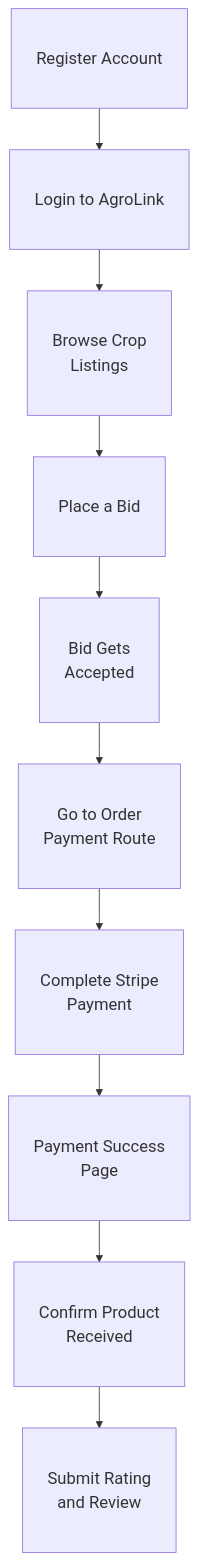
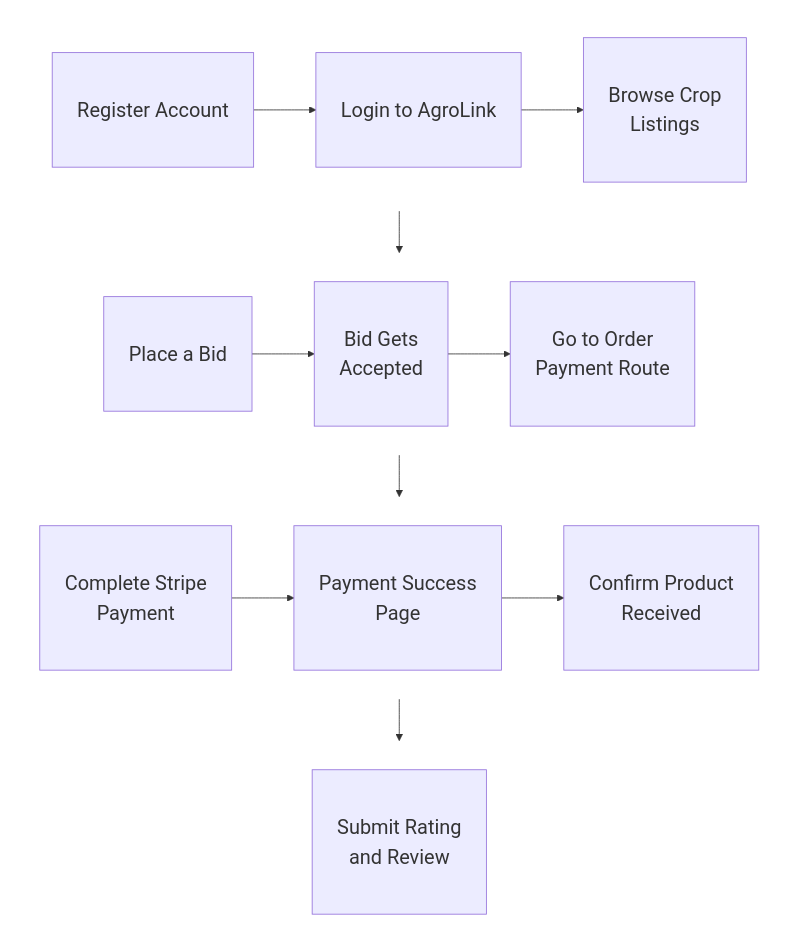
One commit to tareqferdous/agrolink-frontend changed the second of 4 diagrams in README.md. Above: the diagram before and after it, drawn with Mermaid. The commit also changed other lines of this file, not shown here.

Commit message:
fix: update flow diagrams in readme files

````diff
--- a/README.md
+++ b/README.md
@@ -46,17 +60,36 @@
 ```mermaid
-%%{init: {"themeVariables": {"fontSize": "20px"}}}%%
+%%{init: {"themeVariables": {"fontSize": "24px"}}}%%
 flowchart TB
-	classDef big font-size:20px,padding:16px;
+	classDef big font-size:24px,padding:20px;
 
-	B1[Register Account] --> B2[Login to AgroLink]
-	B2 --> B3[Browse Crop<br/>Listings]
-	B3 --> B4[Place a Bid]
-	B4 --> B5[Bid Gets<br/>Accepted]
-	B5 --> B6[Go to Order<br/>Payment Route]
-	B6 --> B7[Complete Stripe<br/>Payment]
-	B7 --> B8[Payment Success<br/>Page]
-	B8 --> B9[Confirm Product<br/>Received]
-	B9 --> B10[Submit Rating<br/>and Review]
+	subgraph BRow1[" "]
+		direction LR
+		B1[Register Account] --> B2[Login to AgroLink] --> B3[Browse Crop<br/>Listings]
+	end
+
+	subgraph BRow2[" "]
+		direction LR
+		B4[Place a Bid] --> B5[Bid Gets<br/>Accepted] --> B6[Go to Order<br/>Payment Route]
+	end
+
+	subgraph BRow3[" "]
+		direction LR
+		B7[Complete Stripe<br/>Payment] --> B8[Payment Success<br/>Page] --> B9[Confirm Product<br/>Received]
+	end
+
+	subgraph BRow4[" "]
+		direction LR
+		B10[Submit Rating<br/>and Review]
+	end
+
+	B3 --> B4
+	B6 --> B7
+	B9 --> B10
+
+	style BRow1 fill:transparent,stroke:transparent;
+	style BRow2 fill:transparent,stroke:transparent;
+	style BRow3 fill:transparent,stroke:transparent;
+	style BRow4 fill:transparent,stroke:transparent;
 
 	class B1,B2,B3,B4,B5,B6,B7,B8,B9,B10 big;
 ```
````
